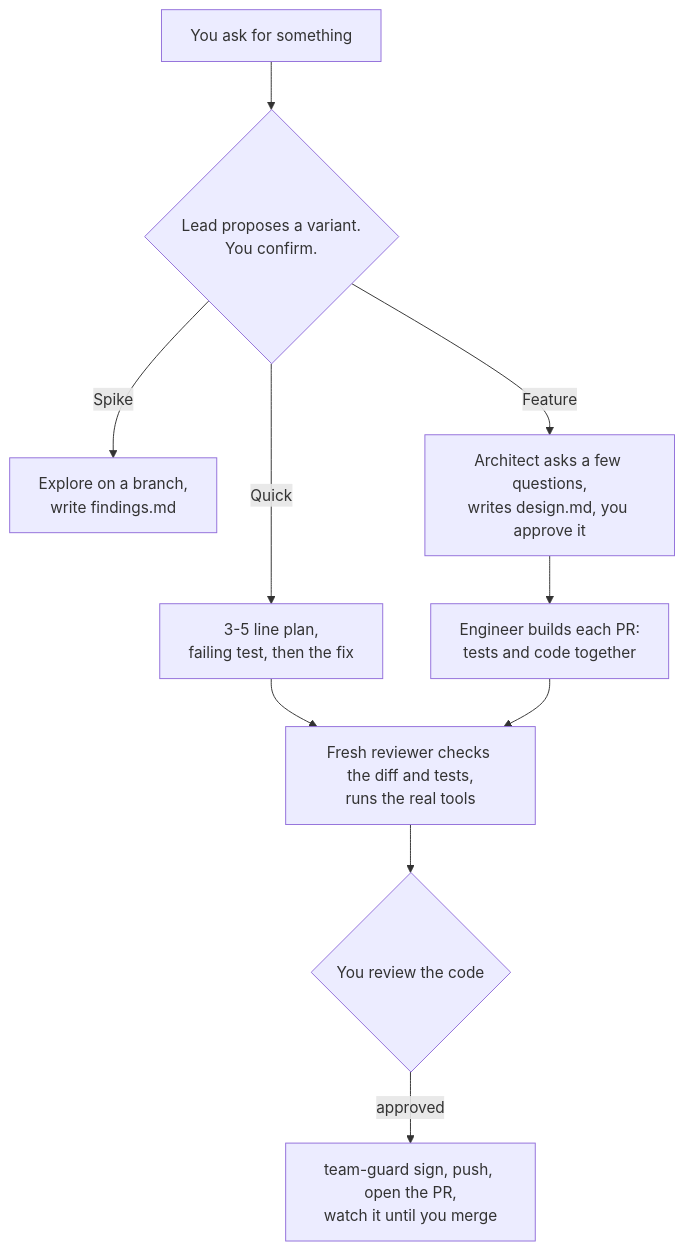
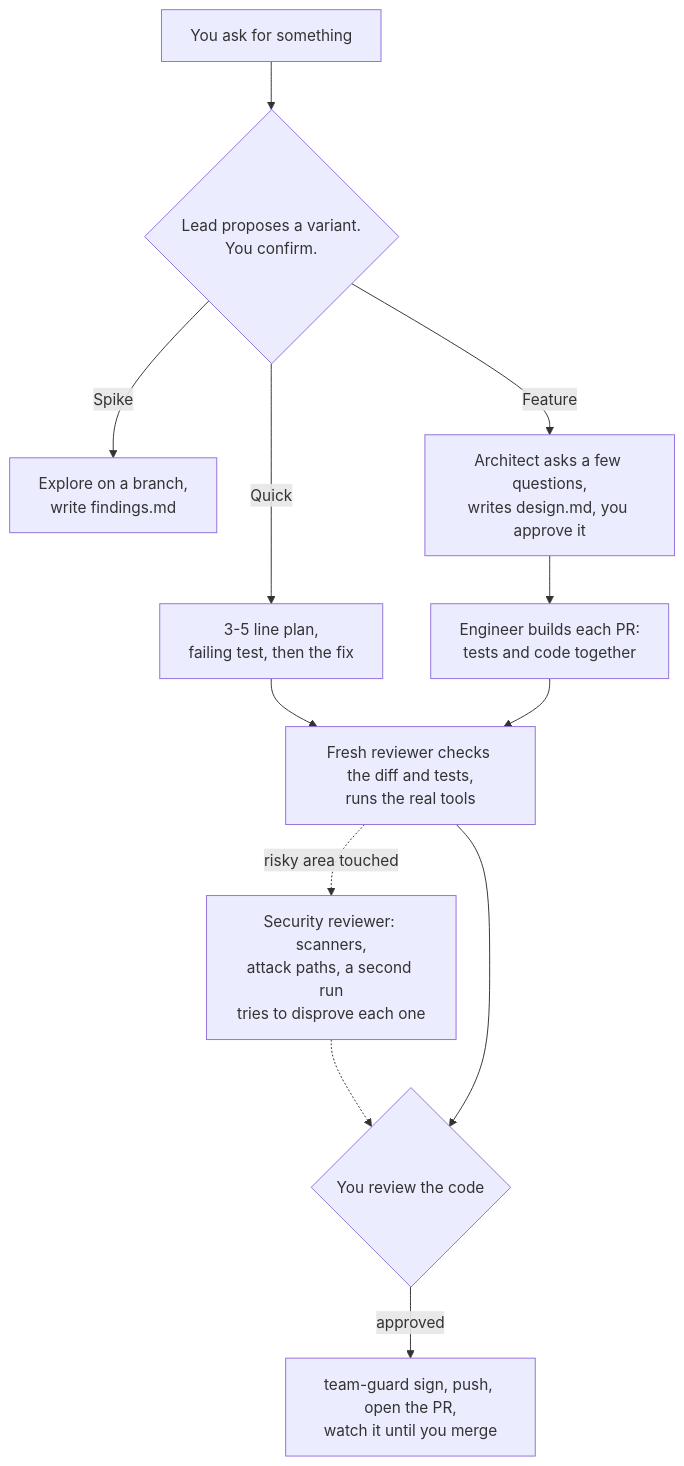
The diagram in README.md (inf0rmer/agentic-workflow), drawn with Mermaid before and after one commit. The commit also changed other lines of this file and 83 other files, not shown here.

First line of the commit message:
Add a security reviewer for risky changes (#9)

````diff
--- a/README.md
+++ b/README.md
@@ -18,12 +18,14 @@
 ```mermaid
 flowchart TD
     A[You ask for something] --> B{Lead proposes a variant.<br/>You confirm.}
     B -->|Quick| Q[3-5 line plan,<br/>failing test, then the fix]
     B -->|Spike| S[Explore on a branch,<br/>write findings.md]
     B -->|Feature| F[Architect asks a few questions,<br/>writes design.md, you approve it]
     F --> E[Engineer builds each PR:<br/>tests and code together]
     Q --> R[Fresh reviewer checks the diff and tests,<br/>runs the real tools]
     E --> R
+    R -.->|risky area touched| SR[Security reviewer: scanners,<br/>attack paths, a second run<br/>tries to disprove each one]
+    SR -.-> H
     R --> H{You review the code}
     H -->|approved| P[team-guard sign, push, open the PR,<br/>watch it until you merge]
 ```
````
